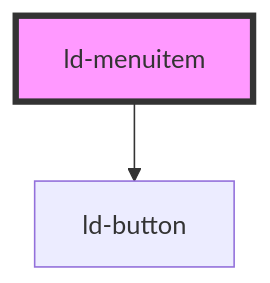
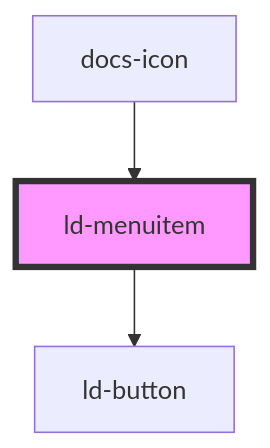
Before and after one commit to emdgroup-liquid/liquid: the diagram in src/liquid/components/ld-context-menu/ld-menuitem/readme.md, drawn with Mermaid. The commit also changed other lines of this file and 16 other files, not shown here.

````diff
--- a/src/liquid/components/ld-context-menu/ld-menuitem/readme.md
+++ b/src/liquid/components/ld-context-menu/ld-menuitem/readme.md
@@ -164,5 +168,6 @@
 ```mermaid
 graph TD;
   ld-menuitem --> ld-button
+  docs-icon --> ld-menuitem
   style ld-menuitem fill:#f9f,stroke:#333,stroke-width:4px
 ```
````
